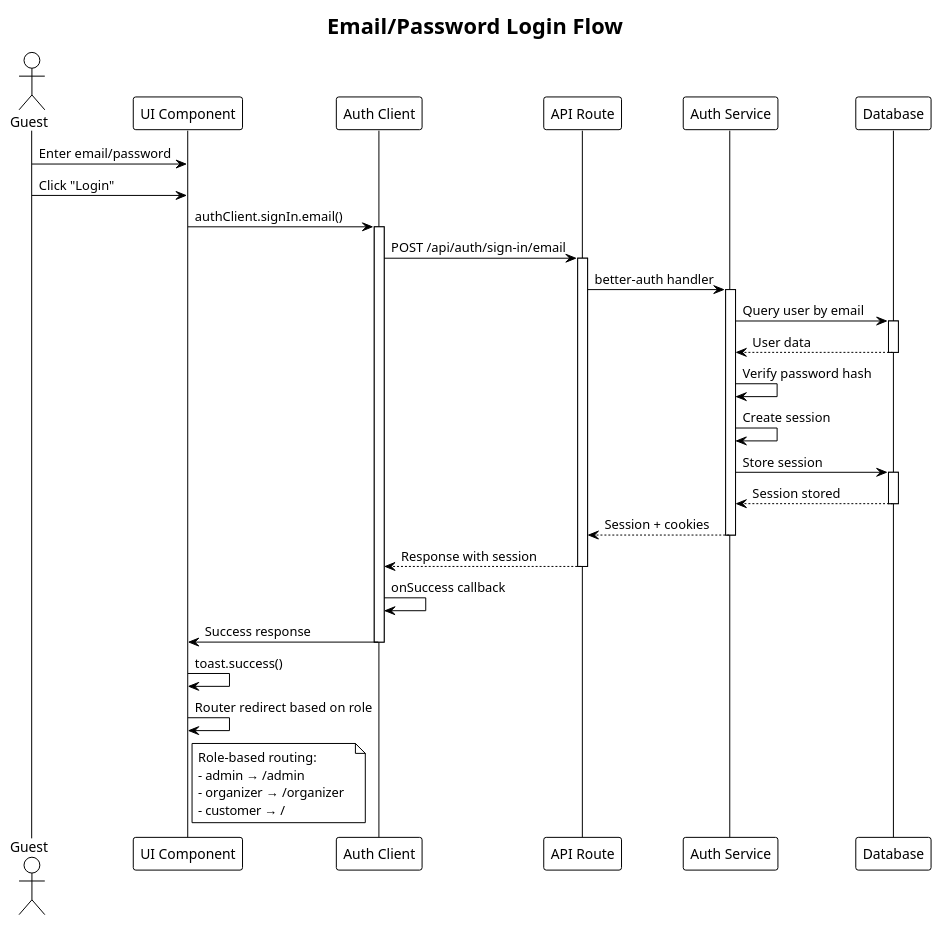
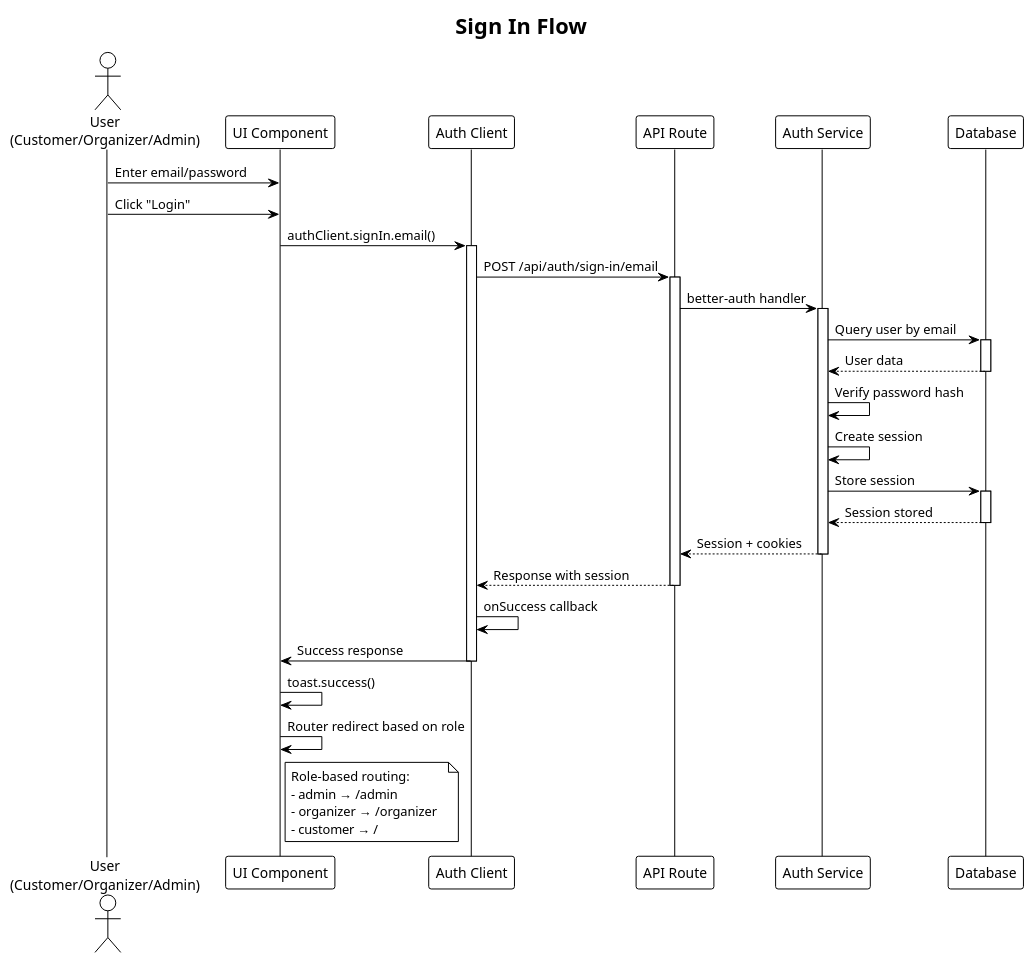
One commit to VieTicket/vieticket-monorepo changed the first of 8 diagrams in puml/auth.puml. Above: the diagram before and after it, drawn with PlantUML. The commit also changed other lines of this file and 183 other files, not shown here.

```diff
--- a/puml/auth.puml
+++ b/puml/auth.puml
@@ -1,56 +1,56 @@
 @startuml login
 !theme plain
-title Email/Password Login Flow
+title Sign In Flow
 
-actor Guest
+actor "User\n(Customer/Organizer/Admin)" as User
 participant "UI Component" as UI
 participant "Auth Client" as Client
 participant "API Route" as API
 participant "Auth Service" as Auth
 participant "Database" as DB
 
-Guest -> UI: Enter email/password
-Guest -> UI: Click "Login"
+User -> UI: Enter email/password
+User -> UI: Click "Login"
 
 UI -> Client: authClient.signIn.email()
 activate Client
 
 Client -> API: POST /api/auth/sign-in/email
 activate API
 
 API -> Auth: better-auth handler
 activate Auth
 
 Auth -> DB: Query user by email
 activate DB
 DB --> Auth: User data
 deactivate DB
 
 Auth -> Auth: Verify password hash
 Auth -> Auth: Create session
 Auth -> DB: Store session
 activate DB
 DB --> Auth: Session stored
 deactivate DB
 
 Auth --> API: Session + cookies
 deactivate Auth
 
 API --> Client: Response with session
 deactivate API
 
 Client -> Client: onSuccess callback
 Client -> UI: Success response
 deactivate Client
 
 UI -> UI: toast.success()
 UI -> UI: Router redirect based on role
 
 note right of UI
   Role-based routing:
   - admin → /admin
   - organizer → /organizer  
   - customer → /
 end note
 
 @enduml
```
